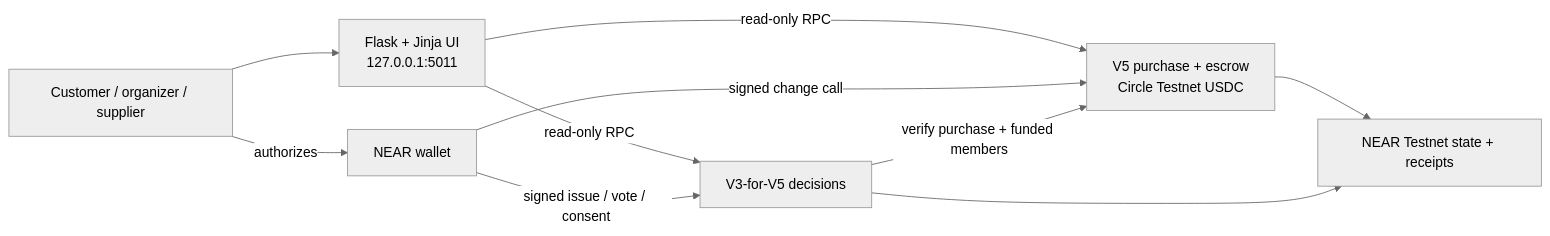
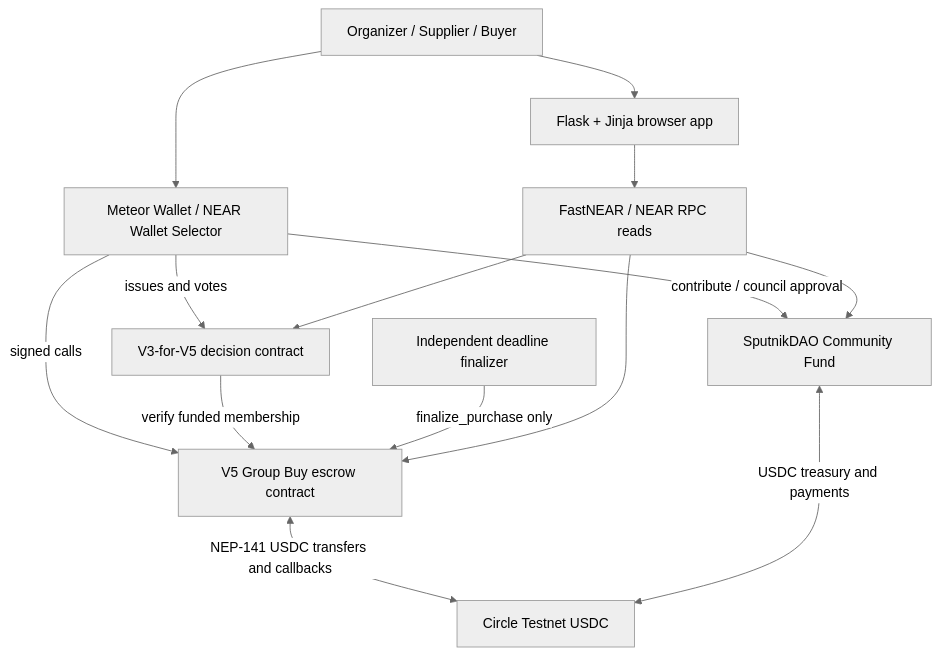
The diagram in README.md (dalamaa/HarvestPool), drawn with Mermaid (neutral theme) before and after one commit. The commit also changed other lines of this file, not shown here.

Commit message:
Finalize hackathon README

````diff
--- a/README.md
+++ b/README.md
@@ -219,12 +80,16 @@
 ```mermaid
-flowchart LR
-    U[Customer / organizer / supplier] --> A[Flask + Jinja UI<br/>127.0.0.1:5011]
-    U -->|authorizes| W[NEAR wallet]
-    A -->|read-only RPC| P[V5 purchase + escrow<br/>Circle Testnet USDC]
-    W -->|signed change call| P
-    A -->|read-only RPC| D[V3-for-V5 decisions]
-    W -->|signed issue / vote / consent| D
-    D -->|verify purchase + funded members| P
-    P --> N[NEAR Testnet state + receipts]
-    D --> N
+flowchart TD
+    User[Organizer / Supplier / Buyer] --> UI[Flask + Jinja browser app]
+    User --> Wallet[Meteor Wallet / NEAR Wallet Selector]
+    UI --> RPC[FastNEAR / NEAR RPC reads]
+    Wallet -->|signed calls| V5[V5 Group Buy escrow contract]
+    Wallet -->|issues and votes| GOV[V3-for-V5 decision contract]
+    GOV -->|verify funded membership| V5
+    V5 <-->|NEP-141 USDC transfers and callbacks| USDC[Circle Testnet USDC]
+    Wallet -->|contribute / council approval| DAO[SputnikDAO Community Fund]
+    DAO <-->|USDC treasury and payments| USDC
+    Worker[Independent deadline finalizer] -->|finalize_purchase only| V5
+    RPC --> V5
+    RPC --> GOV
+    RPC --> DAO
 ```
````
